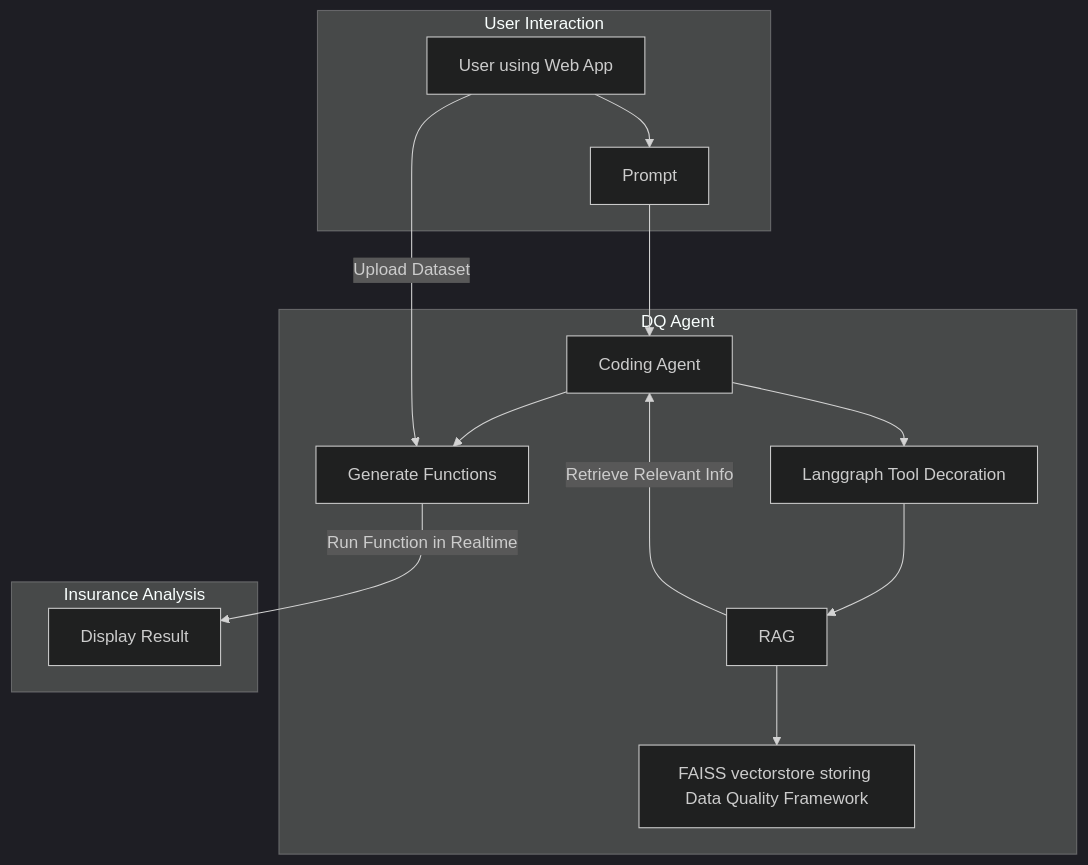
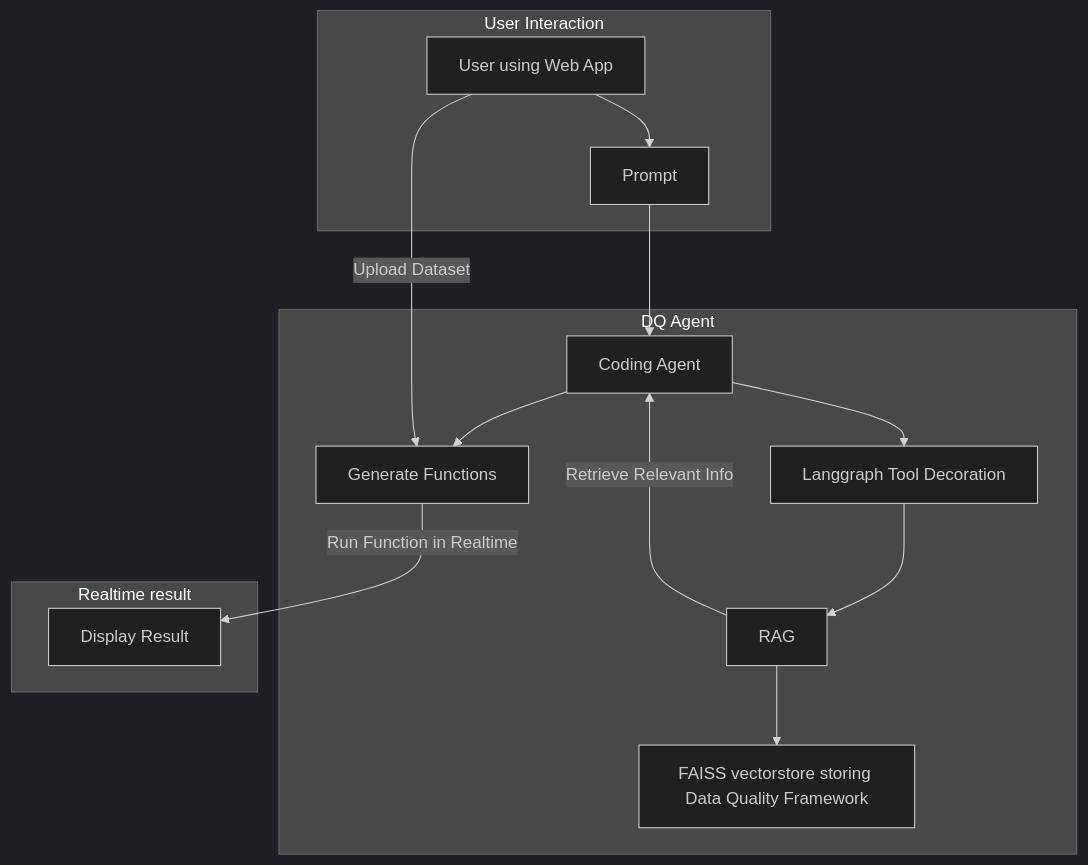
One commit to dfo-mpo/DataQuality changed the diagram in README.md. Above: the diagram before and after it, drawn with Mermaid (dark theme).

Commit message:
fix graph text

````diff
--- a/README.md
+++ b/README.md
@@ -9,22 +9,22 @@
 ```mermaid
 graph TB
 
 subgraph User Interaction
     A[User using Web App] --> D[Prompt]
 end
 
 
 
 subgraph DQ Agent
     D --> F[Coding Agent] --> K[Generate Functions]
     F --> T[Langgraph Tool Decoration]
     T --> R[RAG ] --> V[FAISS vectorstore storing Data Quality Framework]
     R --"Retrieve Relevant Info"--> F[Coding Agent]
 end
 
-subgraph Insurance Analysis
+subgraph Realtime result
     A -- "Upload Dataset" --> K[Generate Functions] --"Run Function in Realtime"--> M[Display Result]
     
 end
 
 ```
````
